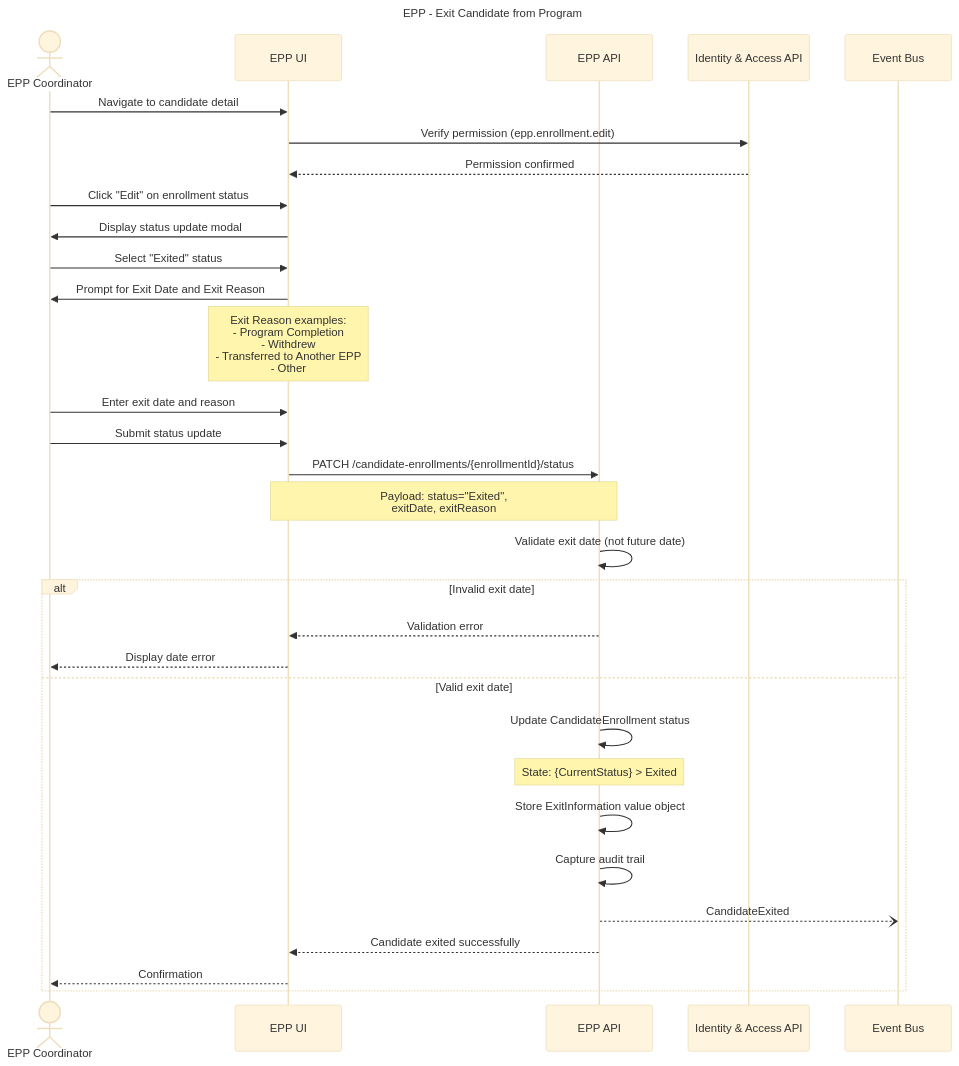
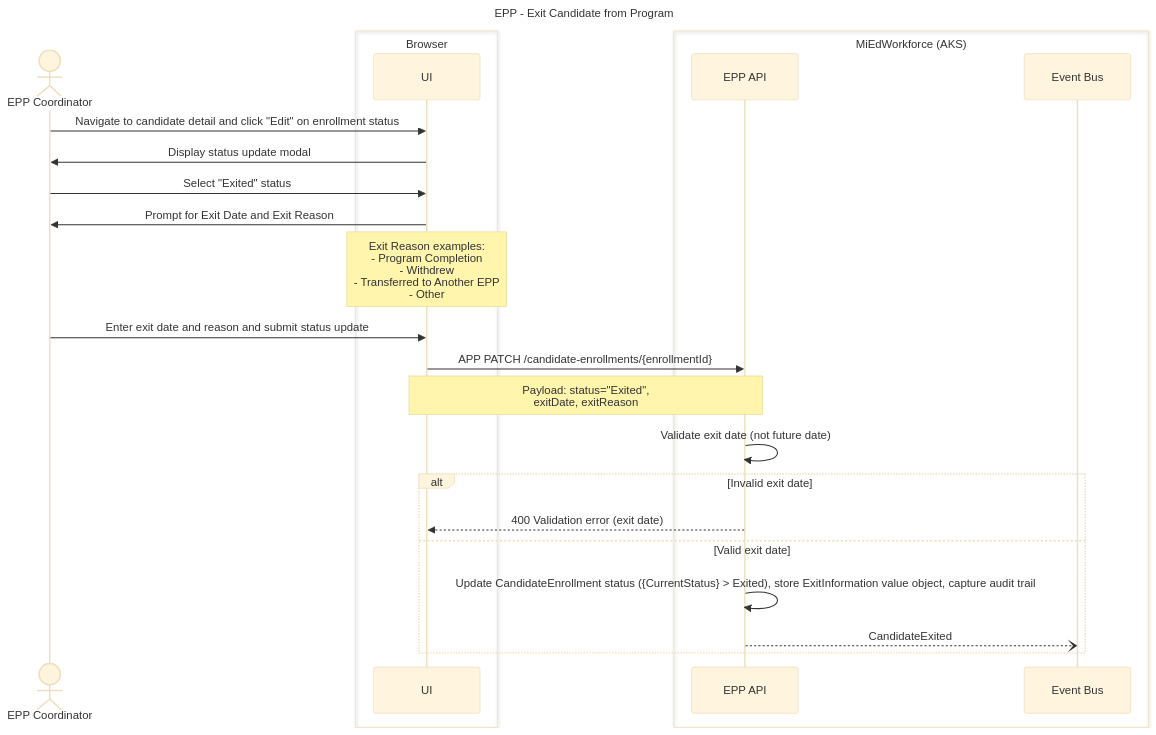
Diagram 15 of 29 in working-docs/solution-areas/epp/epp-sequences.md (mnichols-dl/mied-design), drawn with Mermaid (base theme) before and after one commit. The commit also changed other lines of this file and 34 other files, not shown here.

Commit message:
Update sequences and perform RTM assessment

````diff
--- a/working-docs/solution-areas/epp/epp-sequences.md
+++ b/working-docs/solution-areas/epp/epp-sequences.md
@@ -890,44 +821,35 @@
 ```mermaid
 ---
 title: EPP - Exit Candidate from Program
 ---
 sequenceDiagram
     actor Coordinator as EPP Coordinator
-    participant UI as EPP UI
-    participant EPPService as EPP API
-    participant IAM as Identity & Access API
+    box Browser
+    participant UI as UI
+    end
+    box MiEdWorkforce (AKS)
+    participant EppApi as EPP API
     participant EventBus as Event Bus
-    
-    Coordinator->>UI: Navigate to candidate detail
-    UI->>IAM: Verify permission (epp.enrollment.edit)
-    IAM-->>UI: Permission confirmed
-    
-    Coordinator->>UI: Click "Edit" on enrollment status
+    end
+
+    Coordinator->>UI: Navigate to candidate detail and click "Edit" on enrollment status
     UI->>Coordinator: Display status update modal
-    
+
     Coordinator->>UI: Select "Exited" status
     UI->>Coordinator: Prompt for Exit Date and Exit Reason
     Note over UI: Exit Reason examples:<br/>- Program Completion<br/>- Withdrew<br/>- Transferred to Another EPP<br/>- Other
-    
-    Coordinator->>UI: Enter exit date and reason
-    Coordinator->>UI: Submit status update
-    
-    UI->>EPPService: PATCH /candidate-enrollments/{enrollmentId}/status
-    Note over UI,EPPService: Payload: status="Exited",<br/>exitDate, exitReason
-    
-    EPPService->>EPPService: Validate exit date (not future date)
-    
+
+    Coordinator->>UI: Enter exit date and reason and submit status update
+
+    UI->>EppApi: APP PATCH /candidate-enrollments/{enrollmentId}
+    Note over UI,EppApi: Payload: status="Exited",<br/>exitDate, exitReason
+
+    EppApi->>EppApi: Validate exit date (not future date)
+
     alt Invalid exit date
-        EPPService-->>UI: Validation error
-        UI-->>Coordinator: Display date error
+        EppApi-->>UI: 400 Validation error (exit date)
     else Valid exit date
-        EPPService->>EPPService: Update CandidateEnrollment status
-        Note over EPPService: State: {CurrentStatus} > Exited
-        EPPService->>EPPService: Store ExitInformation value object
-        EPPService->>EPPService: Capture audit trail
-        
-        EPPService--)EventBus: CandidateExited
-        EPPService-->>UI: Candidate exited successfully
-        UI-->>Coordinator: Confirmation
+        EppApi->>EppApi: Update CandidateEnrollment status ({CurrentStatus} > Exited), store ExitInformation value object, capture audit trail
+        EppApi--)EventBus: CandidateExited
     end
 ```
````
